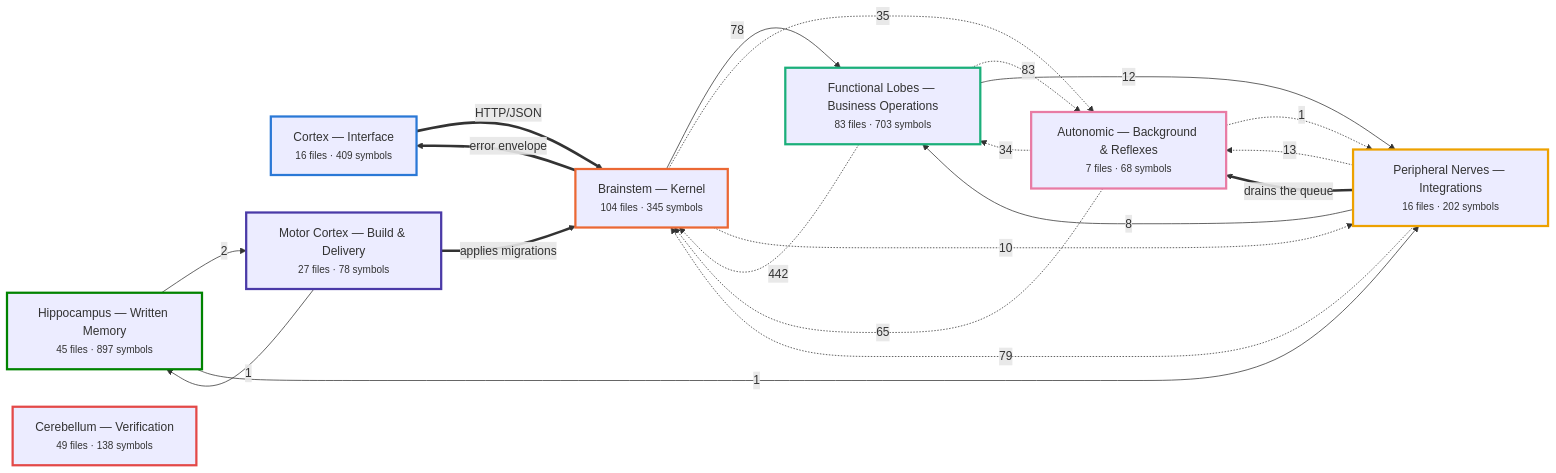
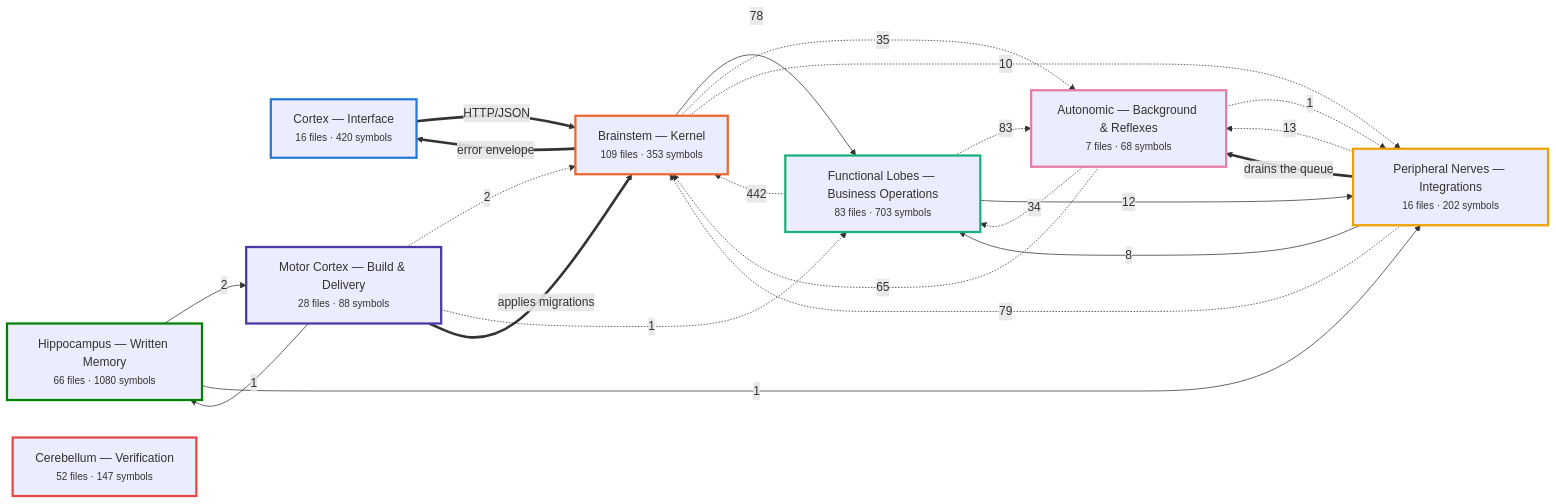
Before and after one commit to Vishalnayak226/custom_erp: the first of 7 diagrams in docs/brain/BRAIN.md, drawn with Mermaid. The commit also changed other lines of this file and 49 other files, not shown here.

````diff
--- a/docs/brain/BRAIN.md
+++ b/docs/brain/BRAIN.md
@@ -35,46 +35,48 @@
 ```mermaid
 flowchart LR
-  n_cortex["Cortex — Interface<br/><small>16 files · 409 symbols</small>"]
-  n_brainstem["Brainstem — Kernel<br/><small>104 files · 345 symbols</small>"]
+  n_cortex["Cortex — Interface<br/><small>16 files · 420 symbols</small>"]
+  n_brainstem["Brainstem — Kernel<br/><small>109 files · 353 symbols</small>"]
   n_business["Functional Lobes — Business Operations<br/><small>83 files · 703 symbols</small>"]
   n_peripheral["Peripheral Nerves — Integrations<br/><small>16 files · 202 symbols</small>"]
   n_autonomic["Autonomic — Background & Reflexes<br/><small>7 files · 68 symbols</small>"]
-  n_memory["Hippocampus — Written Memory<br/><small>45 files · 897 symbols</small>"]
-  n_motor["Motor Cortex — Build & Delivery<br/><small>27 files · 78 symbols</small>"]
-  n_verification["Cerebellum — Verification<br/><small>49 files · 138 symbols</small>"]
+  n_memory["Hippocampus — Written Memory<br/><small>66 files · 1080 symbols</small>"]
+  n_motor["Motor Cortex — Build & Delivery<br/><small>28 files · 88 symbols</small>"]
+  n_verification["Cerebellum — Verification<br/><small>52 files · 147 symbols</small>"]
   n_business -.->|442| n_brainstem
   n_business -.->|83| n_autonomic
   n_peripheral -.->|79| n_brainstem
   n_brainstem -->|78| n_business
   n_autonomic -.->|65| n_brainstem
   n_brainstem -.->|35| n_autonomic
   n_autonomic -.->|34| n_business
   n_peripheral -.->|13| n_autonomic
   n_business -->|12| n_peripheral
   n_brainstem -.->|10| n_peripheral
   n_peripheral -->|8| n_business
+  n_motor -.->|2| n_brainstem
   n_memory -->|2| n_motor
+  n_motor -.->|1| n_business
   n_memory -->|1| n_peripheral
+  n_motor -->|1| n_memory
   n_autonomic -.->|1| n_peripheral
-  n_motor -->|1| n_memory
   n_brainstem ==>|error envelope| n_cortex
   n_cortex ==>|HTTP/JSON| n_brainstem
   n_motor ==>|applies migrations| n_brainstem
   n_peripheral ==>|drains the queue| n_autonomic
   classDef n_cortex stroke:#2a78d6,stroke-width:3px;
   class n_cortex n_cortex;
   classDef n_brainstem stroke:#eb6834,stroke-width:3px;
   class n_brainstem n_brainstem;
   classDef n_business stroke:#1baf7a,stroke-width:3px;
   class n_business n_business;
   classDef n_peripheral stroke:#eda100,stroke-width:3px;
   class n_peripheral n_peripheral;
   classDef n_autonomic stroke:#e87ba4,stroke-width:3px;
   class n_autonomic n_autonomic;
   classDef n_memory stroke:#008300,stroke-width:3px;
   class n_memory n_memory;
   classDef n_motor stroke:#4a3aa7,stroke-width:3px;
   class n_motor n_motor;
   classDef n_verification stroke:#e34948,stroke-width:3px;
   class n_verification n_verification;
 ```
````
